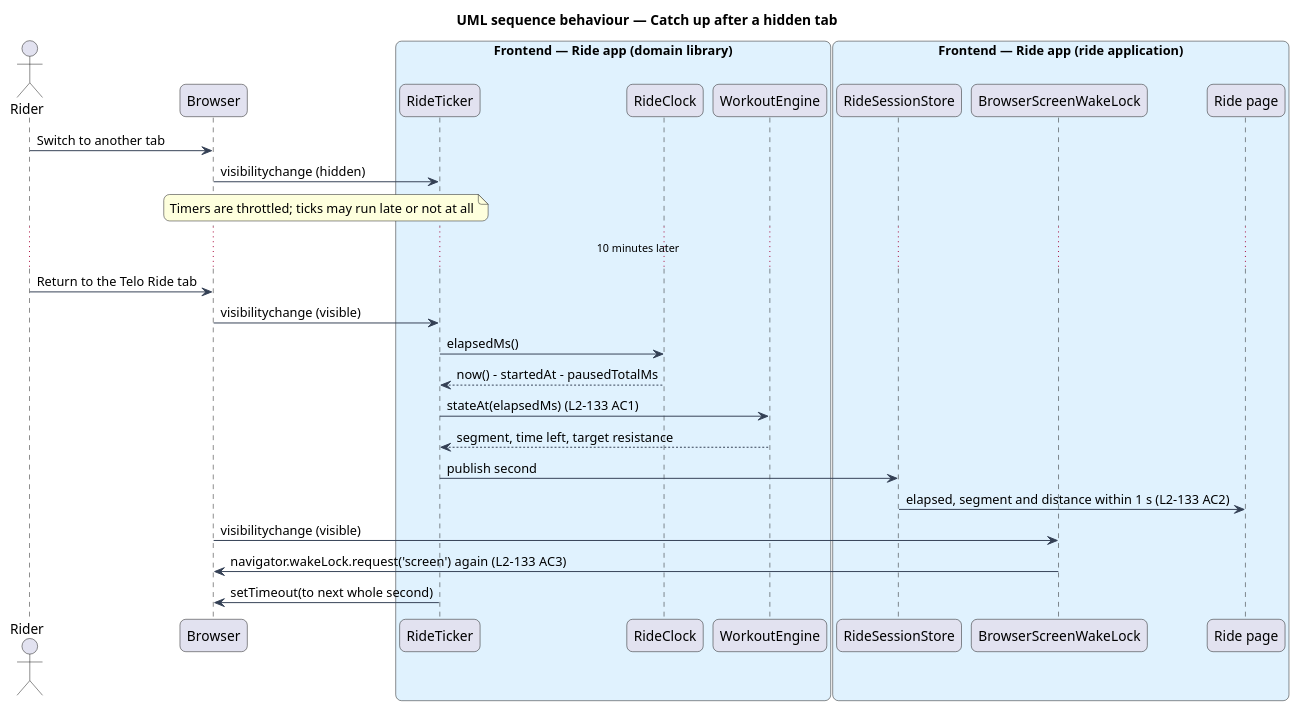
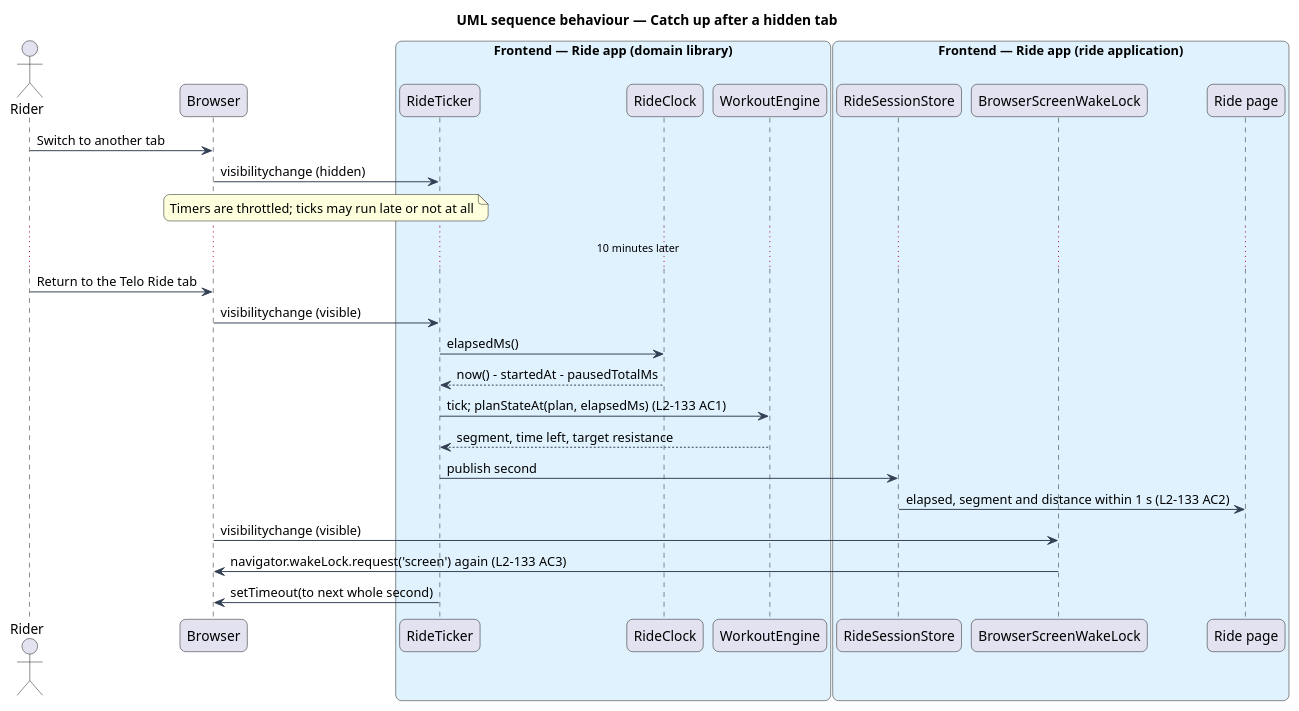
One commit to QuinntyneBrown/ride-one changed the diagram in docs/detailed-designs/performance/keep-the-ride-clock-true/diagrams/sequence-hidden-tab-catch-up.puml. Above: the diagram before and after it, drawn with PlantUML. The commit also changed 17 other files, not shown here.

```diff
--- a/docs/detailed-designs/performance/keep-the-ride-clock-true/diagrams/sequence-hidden-tab-catch-up.puml
+++ b/docs/detailed-designs/performance/keep-the-ride-clock-true/diagrams/sequence-hidden-tab-catch-up.puml
@@ -1,44 +1,44 @@
 @startuml
 title UML sequence behaviour — Catch up after a hidden tab
 skinparam backgroundColor #FFFFFF
 skinparam shadowing false
 skinparam roundcorner 12
 skinparam defaultFontName Arial
 skinparam ArrowColor #344054
 skinparam rectangle {
   BorderColor #344054
   FontColor #101828
 }
 skinparam package {
   BorderColor #667085
   FontColor #101828
   BackgroundColor #F9FAFB
 }
 actor "Rider" as actor
 participant "Browser" as browser
 box "Frontend — Ride app (domain library)" #E0F2FE
   participant "RideTicker" as ticker
   participant "RideClock" as clock
   participant "WorkoutEngine" as engine
 end box
 box "Frontend — Ride app (ride application)" #E0F2FE
   participant "RideSessionStore" as store
   participant "BrowserScreenWakeLock" as wake
   participant "Ride page" as page
 end box
 actor -> browser : Switch to another tab
 browser -> ticker : visibilitychange (hidden)
 note over browser, ticker : Timers are throttled; ticks may run late or not at all
 ...10 minutes later...
 actor -> browser : Return to the Telo Ride tab
 browser -> ticker : visibilitychange (visible)
 ticker -> clock : elapsedMs()
 clock --> ticker : now() - startedAt - pausedTotalMs
-ticker -> engine : stateAt(elapsedMs) (L2-133 AC1)
+ticker -> engine : tick; planStateAt(plan, elapsedMs) (L2-133 AC1)
 engine --> ticker : segment, time left, target resistance
 ticker -> store : publish second
 store -> page : elapsed, segment and distance within 1 s (L2-133 AC2)
 browser -> wake : visibilitychange (visible)
 wake -> browser : navigator.wakeLock.request('screen') again (L2-133 AC3)
 ticker -> browser : setTimeout(to next whole second)
 @enduml
```
